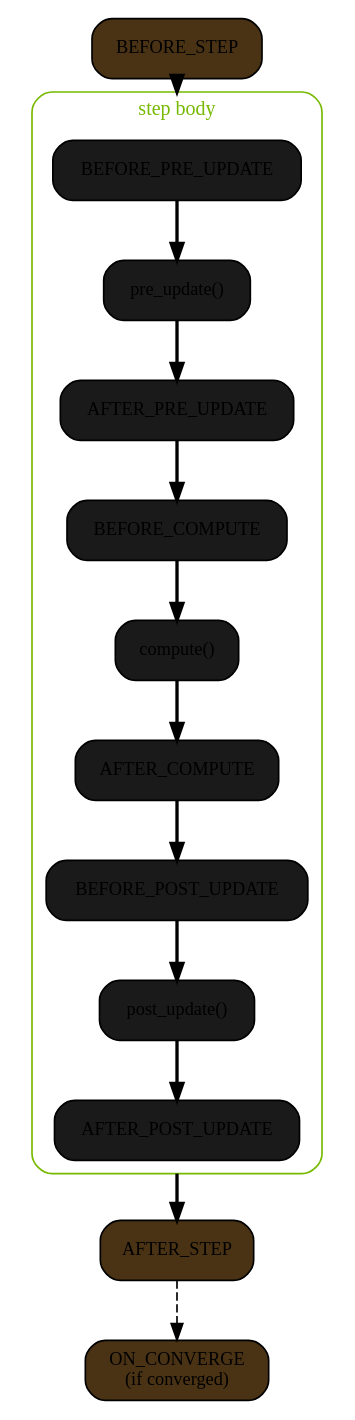
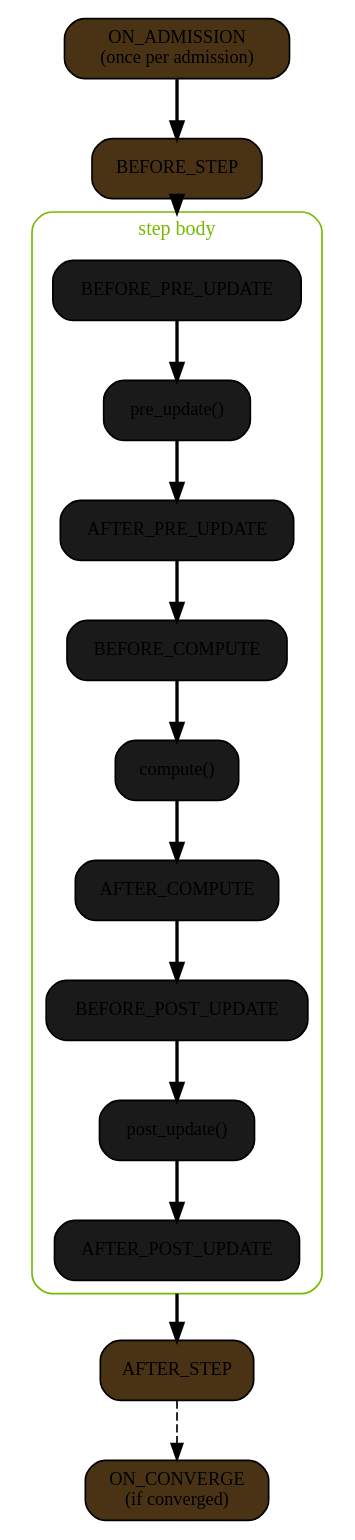
One commit to EricZQu/nvalchemi-toolkit changed the first of 2 diagrams in docs/modules/dynamics/hooks.rst. Above: the diagram before and after it, drawn with Graphviz. The commit also changed other lines of this file and 29 other files, not shown here.

```diff
--- a/docs/modules/dynamics/hooks.rst
+++ b/docs/modules/dynamics/hooks.rst
@@ -28,44 +29,46 @@
 .. graphviz::
-   :caption: DynamicsStage hook firing points within a single step.
+   :caption: DynamicsStage lifecycle hook firing points.
 
    digraph dynamics_stages {
        rankdir=TB
        compound=true
        node [fontsize=11 shape=box style="rounded,filled" fillcolor="#1a1a1a"]
        edge [fontsize=10 style=bold]
 
+       ON_ADMISSION [label="ON_ADMISSION\n(once per admission)" fillcolor="#4a3315"]
        BEFORE_STEP [label="BEFORE_STEP" fillcolor="#4a3315"]
 
        subgraph cluster_step {
            label="step body"
            style=rounded
            color="#76b900"
            fontcolor="#76b900"
            fontsize=12
 
            BEFORE_PRE_UPDATE  [label="BEFORE_PRE_UPDATE"]
            pre_update         [label="pre_update()" fillcolor="#1a1a1a"]
            AFTER_PRE_UPDATE   [label="AFTER_PRE_UPDATE"]
 
            BEFORE_COMPUTE     [label="BEFORE_COMPUTE"]
            compute            [label="compute()" fillcolor="#1a1a1a"]
            AFTER_COMPUTE      [label="AFTER_COMPUTE"]
 
            BEFORE_POST_UPDATE [label="BEFORE_POST_UPDATE"]
            post_update        [label="post_update()" fillcolor="#1a1a1a"]
            AFTER_POST_UPDATE  [label="AFTER_POST_UPDATE"]
 
            BEFORE_PRE_UPDATE -> pre_update -> AFTER_PRE_UPDATE
            AFTER_PRE_UPDATE -> BEFORE_COMPUTE
            BEFORE_COMPUTE -> compute -> AFTER_COMPUTE
            AFTER_COMPUTE -> BEFORE_POST_UPDATE
            BEFORE_POST_UPDATE -> post_update -> AFTER_POST_UPDATE
        }
 
        AFTER_STEP  [label="AFTER_STEP" fillcolor="#4a3315"]
        ON_CONVERGE [label="ON_CONVERGE\n(if converged)" fillcolor="#4a3315"]
 
+       ON_ADMISSION -> BEFORE_STEP
        BEFORE_STEP -> BEFORE_PRE_UPDATE [lhead=cluster_step]
        AFTER_POST_UPDATE -> AFTER_STEP [ltail=cluster_step]
        AFTER_STEP -> ON_CONVERGE [style=dashed]
    }
```
